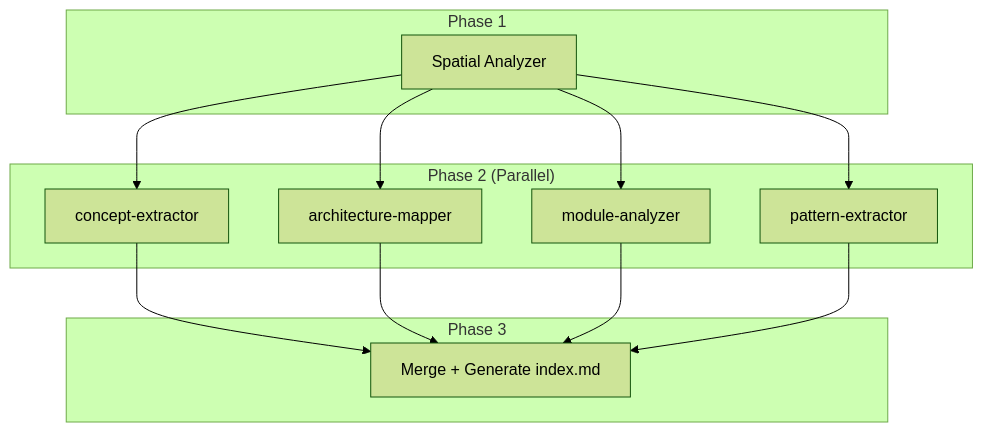
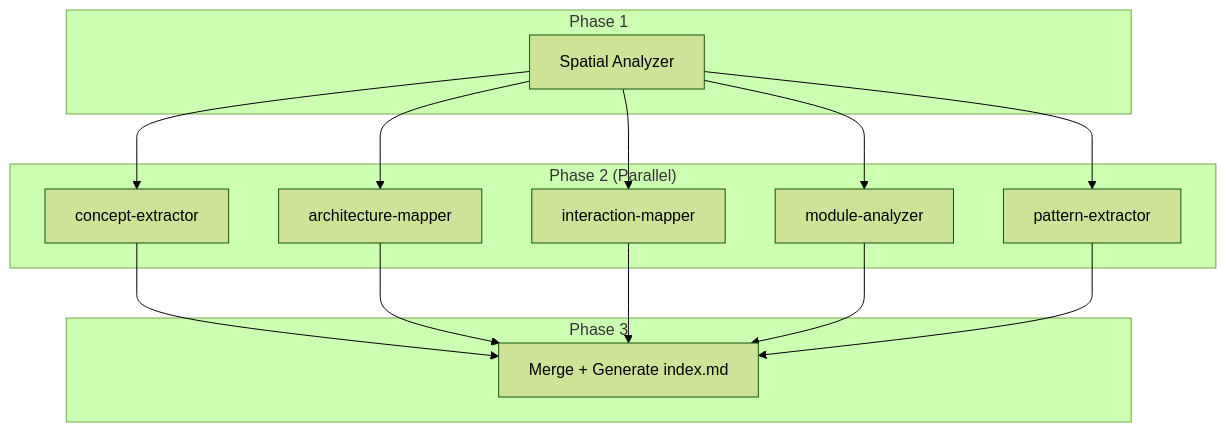
The diagram in docs/reference/base/knowledge-build.md (rp1-run/rp1), drawn with Mermaid (forest theme) before and after one commit. The commit also changed other lines of this file and 22 other files, not shown here.

````diff
--- a/docs/reference/base/knowledge-build.md
+++ b/docs/reference/base/knowledge-build.md
@@ -146,27 +147,30 @@
 ```mermaid
 flowchart TB
     subgraph "Phase 1"
         SA[Spatial Analyzer]
     end
 
     subgraph "Phase 2 (Parallel)"
         A1[concept-extractor]
         A2[architecture-mapper]
-        A3[module-analyzer]
-        A4[pattern-extractor]
+        A3[interaction-mapper]
+        A4[module-analyzer]
+        A5[pattern-extractor]
     end
 
     subgraph "Phase 3"
         M[Merge + Generate index.md]
     end
 
     SA --> A1
     SA --> A2
     SA --> A3
     SA --> A4
+    SA --> A5
 
     A1 --> M
     A2 --> M
     A3 --> M
     A4 --> M
+    A5 --> M
 ```
````
